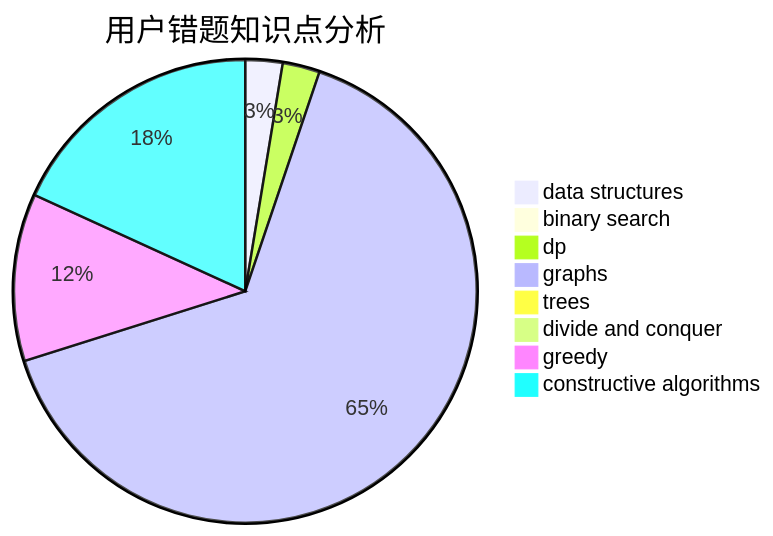
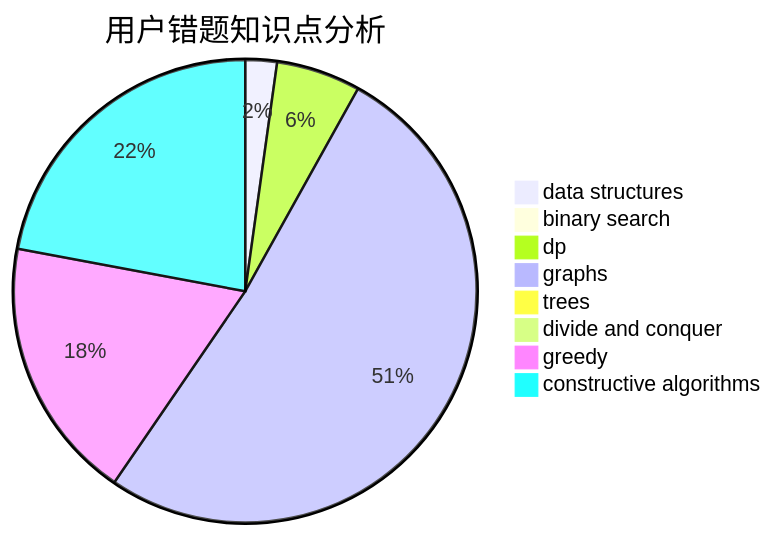
The third of 3 diagrams in docs/user/u1855.md (sherpahu/cfrs.github.io), drawn with Mermaid before and after one commit. The commit also changed other lines of this file and 2770 other files, not shown here.

````diff
--- a/docs/user/u1855.md
+++ b/docs/user/u1855.md
@@ -36,11 +36,11 @@
 ```mermaid
 pie title 用户错题知识点分析
-    "data structures" :  2
+    "data structures" :  3
     "binary search" :  0
-    "dp" :  2
-    "graphs" :  50
-    "trees" :  0
-    "divide and conquer" :  0
-    "greedy" :  9
-    "constructive algorithms" :  14
+    "dp" :  8
+    "graphs" :  70
+    "trees" :  1
+    "divide and conquer" :  1
+    "greedy" :  25
+    "constructive algorithms" :  30
 ```
````
